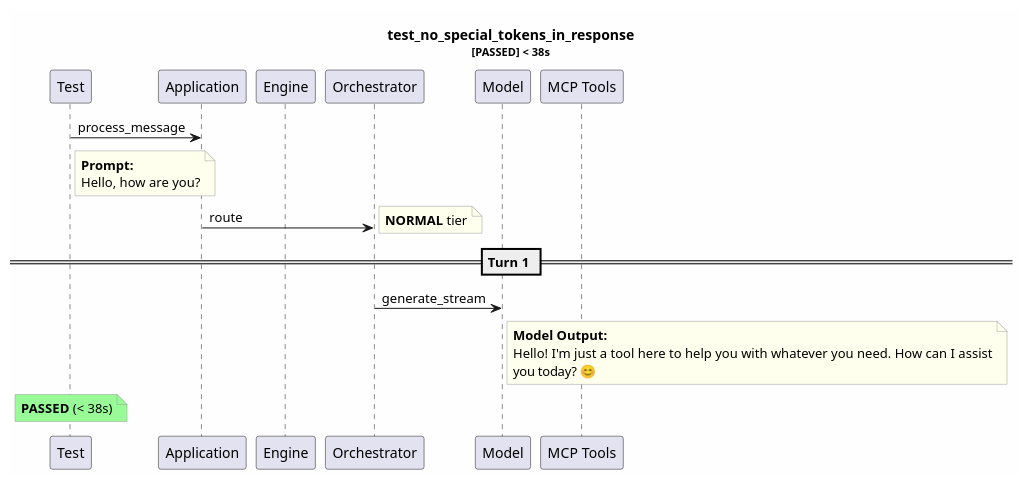
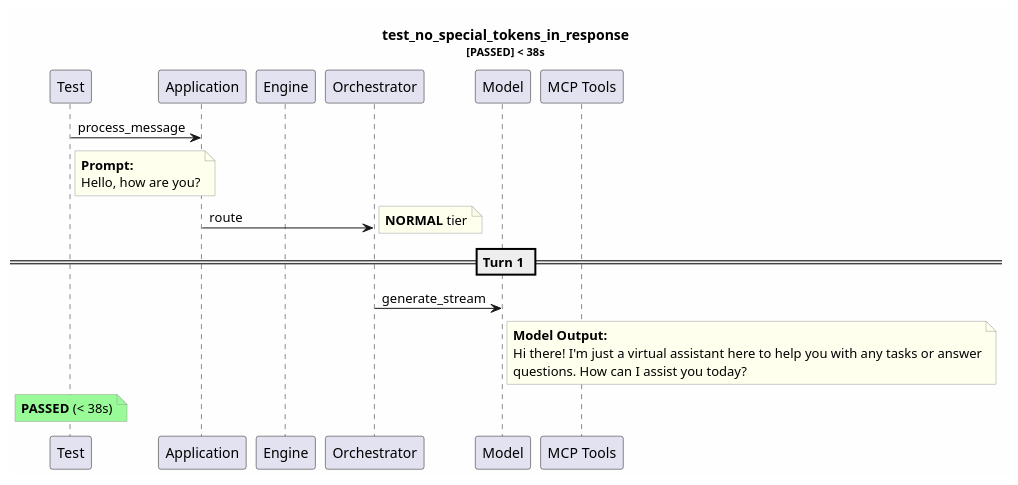
One commit to tvanfossen/entropic changed the diagram in test-reports/logs/test_no_special_tokens_in_response/test_no_special_tokens_in_response.puml. Above: the diagram before and after it, drawn with PlantUML. The commit also changed 25 other files, not shown here.

```diff
--- a/test-reports/logs/test_no_special_tokens_in_response/test_no_special_tokens_in_response.puml
+++ b/test-reports/logs/test_no_special_tokens_in_response/test_no_special_tokens_in_response.puml
@@ -1,32 +1,32 @@
 @startuml
 skinparam backgroundColor #FEFEFE
 skinparam noteBorderColor #999999
 skinparam noteBackgroundColor #FFFFEE
 title test_no_special_tokens_in_response\n<size:11>[PASSED] < 38s</size>
 
 participant "Test" as T
 participant "Application" as App
 participant "Engine" as Eng
 participant "Orchestrator" as Orch
 participant "Model" as Mdl
 participant "MCP Tools" as MCP
 
 T -> App: process_message
 note right of T
   **Prompt:**
   Hello, how are you?
 end note
 App -> Orch: route
 note right: **NORMAL** tier
 == Turn 1 ==
 Orch -> Mdl: generate_stream
 note right of Mdl
   **Model Output:**
-  Hello! I'm just a tool here to help you with whatever you need. How can I assist
-  you today? 😊
+  Hi there! I'm just a virtual assistant here to help you with any tasks or answer
+  questions. How can I assist you today?
 end note
 note over T #palegreen
   **PASSED** (< 38s)
 end note
 
 @enduml
```
